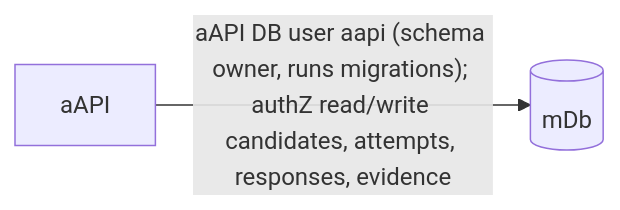
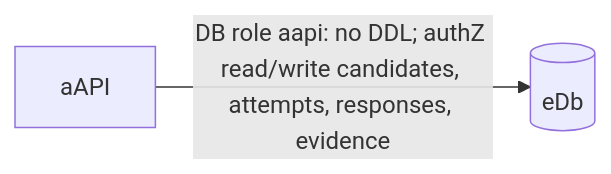
One commit to freeCodeCamp/exam-platform changed the fourth of 5 diagrams in docs/auth.md. Above: the diagram before and after it, drawn with Mermaid. The commit also changed other lines of this file and 65 other files, not shown here.

````diff
--- a/docs/auth.md
+++ b/docs/auth.md
@@ -28,4 +28,4 @@
 ```mermaid
 graph LR
-  aAPI["aAPI"] -->|"aAPI DB user aapi (schema owner, runs migrations); authZ read/write candidates, attempts, responses, evidence"| mDb[("mDb")]
+  aAPI["aAPI"] -->|"DB role aapi: no DDL; authZ read/write candidates, attempts, responses, evidence"| eDb[("eDb")]
 ```
````
